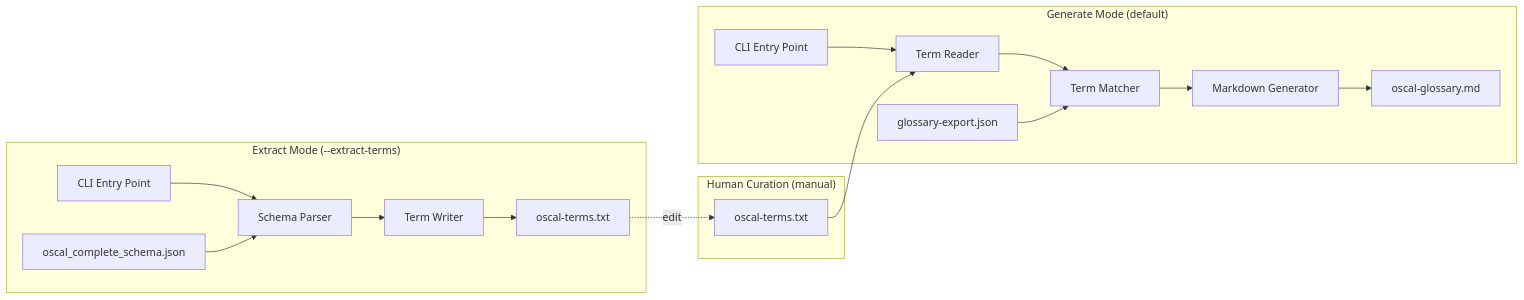
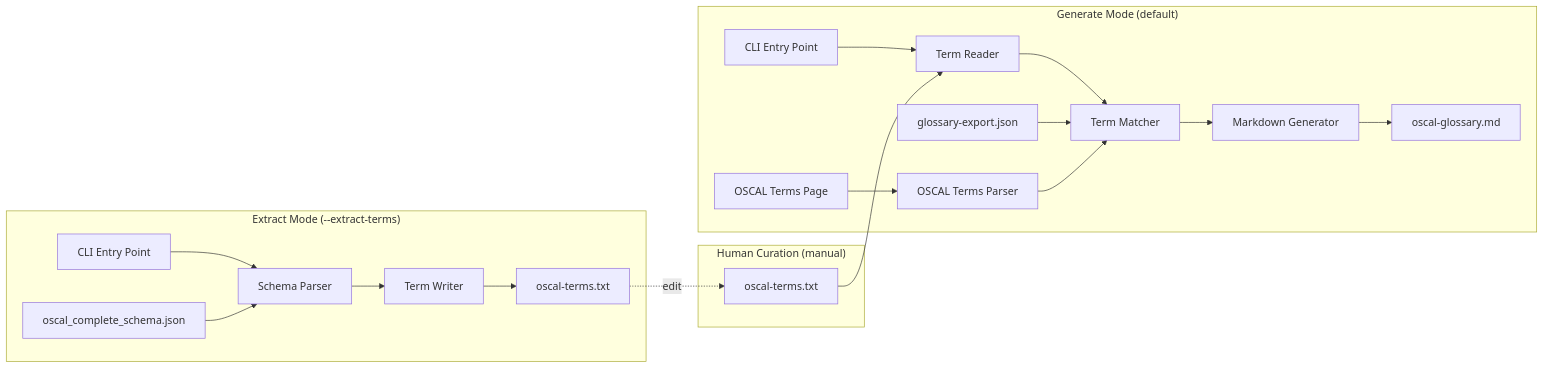
The diagram in .kiro/specs/oscal-glossary-generator/design.md (awslabs/mcp-server-for-oscal), drawn with Mermaid before and after one commit. The commit also changed other lines of this file and 8 other files, not shown here.

First line of the commit message:
feat(oscal-glossary): Enhance generator with OSCAL terminology page parsing

````diff
--- a/.kiro/specs/oscal-glossary-generator/design.md
+++ b/.kiro/specs/oscal-glossary-generator/design.md
@@ -24,22 +25,24 @@
 ```mermaid
 flowchart LR
     subgraph Extract_Mode["Extract Mode (--extract-terms)"]
         A1[CLI Entry Point] --> B1[Schema Parser]
         B1 --> C1[Term Writer]
         C1 --> D1[oscal-terms.txt]
         F1[oscal_complete_schema.json] --> B1
     end
 
     subgraph Human_Curation["Human Curation (manual)"]
         D1 -.->|edit| D2[oscal-terms.txt]
     end
 
     subgraph Generate_Mode["Generate Mode (default)"]
         A2[CLI Entry Point] --> B2[Term Reader]
         B2 --> C2[Term Matcher]
         C2 --> D3[Markdown Generator]
         D3 --> E2[oscal-glossary.md]
         D2 --> B2
         G2[glossary-export.json] --> C2
+        H2[OSCAL Terms Page] --> P2[OSCAL Terms Parser]
+        P2 --> C2
     end
 ```
````
